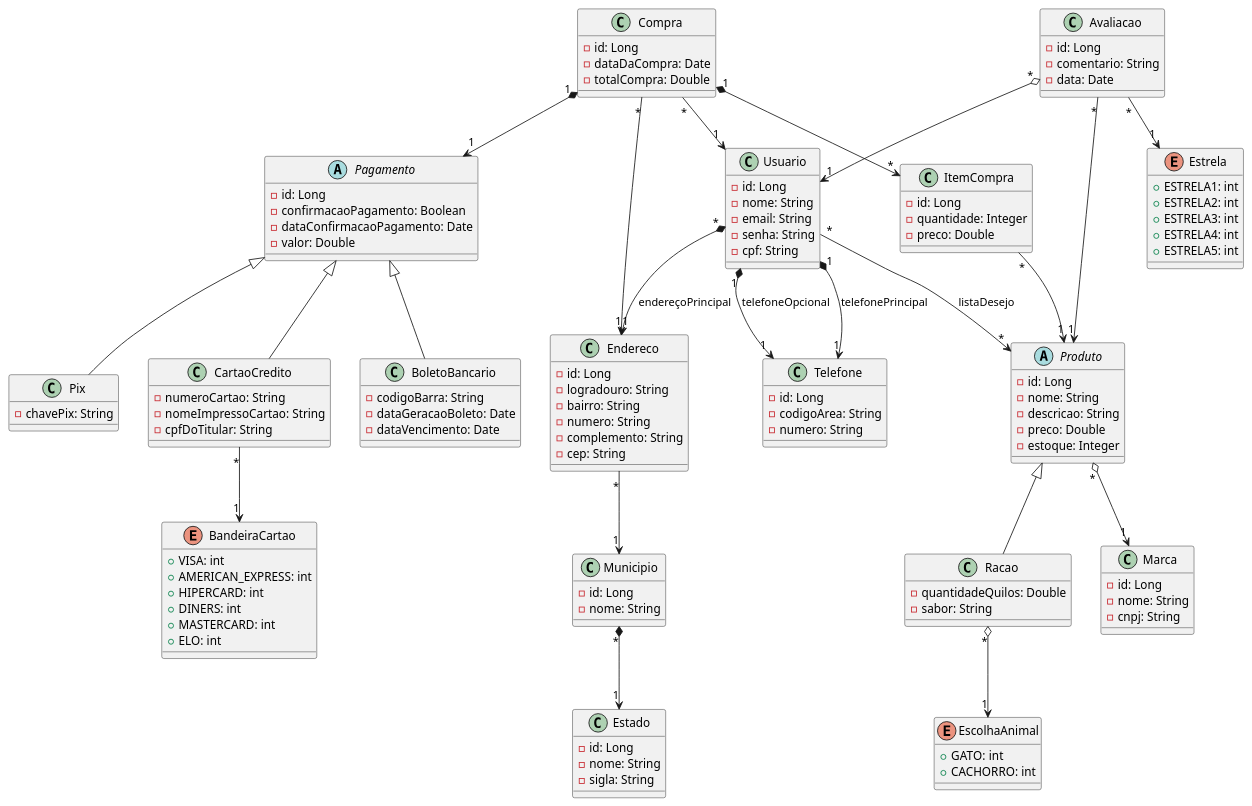
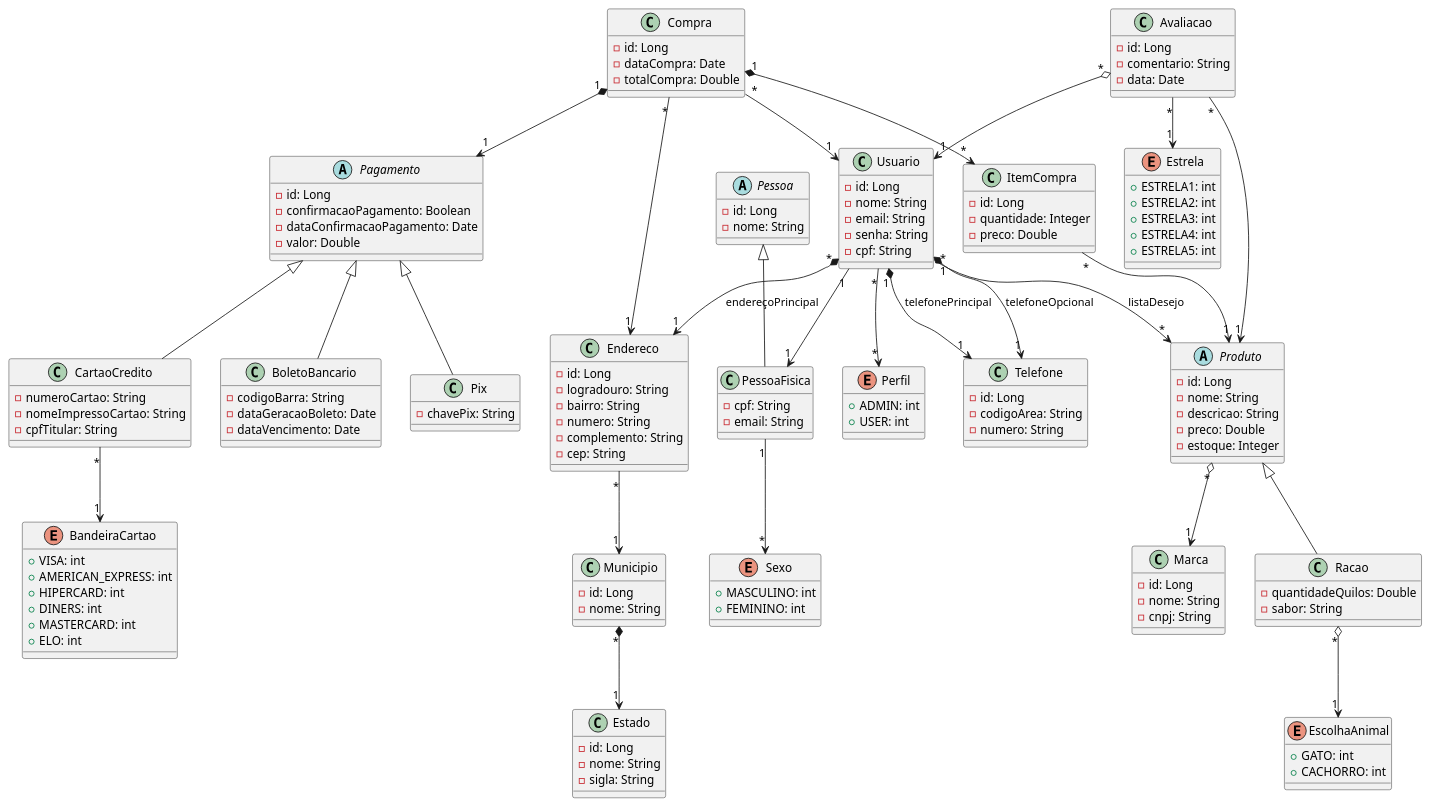
Before and after one commit to emannuelop/JavaPets-eCommerce: the diagram in JavaPets.plantuml, drawn with PlantUML.

```diff
--- a/JavaPets.plantuml
+++ b/JavaPets.plantuml
@@ -3,168 +3,198 @@
 @startuml JavaPets-eCommerce
 
     abstract class Produto {
 
         - id: Long
         - nome: String
         - descricao: String
         - preco: Double
         - estoque: Integer
     }
 
     class Racao {
 
         - quantidadeQuilos: Double
         - sabor: String
     }
 
     enum EscolhaAnimal {
         + GATO: int
         + CACHORRO: int
     }
 
     class Marca {
 
         - id: Long
         - nome: String
         - cnpj: String
     }
 
+    abstract class Pessoa {
+
+        - id: Long
+        - nome: String
+    }
+
+    class PessoaFisica {
+
+        - cpf: String
+        - email: String
+    }
+
+    enum Sexo {
+
+        + MASCULINO: int
+        + FEMININO: int
+    }
+
+    enum Perfil {
+
+        + ADMIN: int
+        + USER: int
+    }
+
     class Usuario {
 
         - id: Long
         - nome: String
         - email: String
         - senha: String
         - cpf: String
     }
 
     class Telefone {
 
         - id: Long
         - codigoArea: String
         - numero: String
     }
 
     class Compra {
 
         - id: Long
-        - dataDaCompra: Date
+        - dataCompra: Date
         - totalCompra: Double
     }
 
     class ItemCompra {
 
         - id: Long
         - quantidade: Integer
         - preco: Double
     }
 
     class Endereco {
 
         - id: Long
         - logradouro: String
         - bairro: String
         - numero: String
         - complemento: String
         - cep: String
     }
 
     class Avaliacao {
 
         - id: Long
         - comentario: String
         - data: Date
     }
 
     enum Estrela {
 
         + ESTRELA1: int
         + ESTRELA2: int
         + ESTRELA3: int
         + ESTRELA4: int
         + ESTRELA5: int
     }
 
     abstract class Pagamento {
 
         - id: Long
         - confirmacaoPagamento: Boolean
         - dataConfirmacaoPagamento: Date
         - valor: Double
     }
 
     class BoletoBancario {
 
         - codigoBarra: String
         - dataGeracaoBoleto: Date
         - dataVencimento: Date
     }
 
     class Pix {
 
         - chavePix: String
     }
 
     class CartaoCredito {
 
         - numeroCartao: String
         - nomeImpressoCartao: String
-        - cpfDoTitular: String
+        - cpfTitular: String
     }
 
     enum BandeiraCartao {
 
         + VISA: int
         + AMERICAN_EXPRESS: int
         + HIPERCARD: int
         + DINERS: int
         + MASTERCARD: int
         + ELO: int
     }
 
     class Estado {
 
         - id: Long
         - nome: String
         - sigla: String
     }
 
     class Municipio {
 
         - id: Long
         - nome: String
     }
 
     Produto "*" o--> "1" Marca
 
     Racao -up-|> Produto
     Racao "*" o--> "1" EscolhaAnimal
 
     Municipio "*" *--> "1" Estado
 
     Endereco "*" --> "1" Municipio
 
+    PessoaFisica "1" --> "*" Sexo
+
+    PessoaFisica -up-|> Pessoa
+
+    Usuario "1" --> "1" PessoaFisica
+    Usuario "*" --> "*" Perfil
     Usuario "*" --> "*" Produto: listaDesejo
     Usuario "1" *--> "1" Telefone: telefonePrincipal
     Usuario "1" *--> "1" Telefone: telefoneOpcional
     Usuario "*" *--> "1" Endereco: endereçoPrincipal
 
     ItemCompra "*" --> "1" Produto
 
     BoletoBancario -up-|> Pagamento
 
     Pix -up-|> Pagamento
 
     CartaoCredito -up-|> Pagamento
     CartaoCredito "*" --> "1" BandeiraCartao
 
     Compra "*" --> "1" Usuario
     Compra "1" *--> "*" ItemCompra
     Compra "*" --> "1" Endereco
     Compra "1" *--> "1" Pagamento
 
     Avaliacao "*" --> "1" Estrela
     Avaliacao "*" o--> "1" Usuario
     Avaliacao "*" --> "1" Produto
 
 @enduml
```
